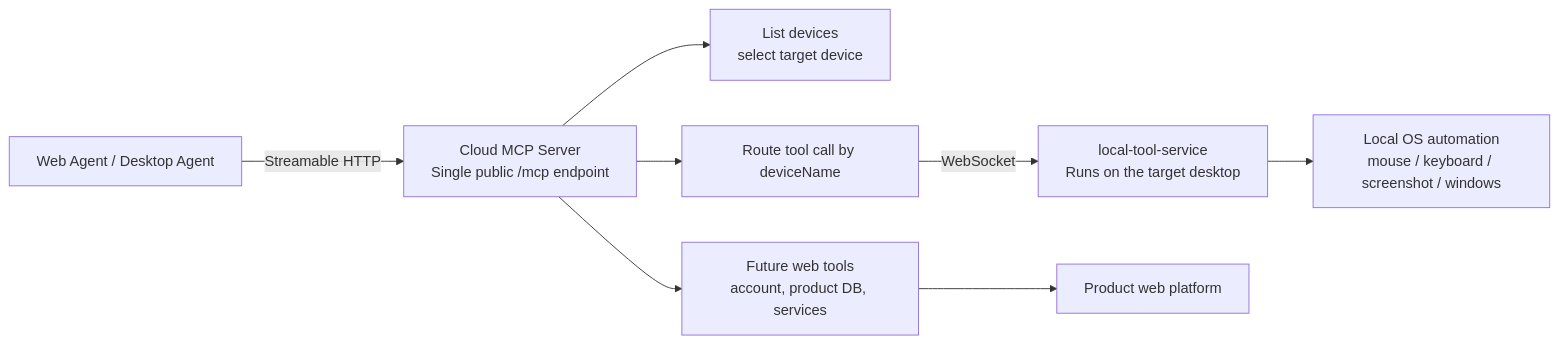
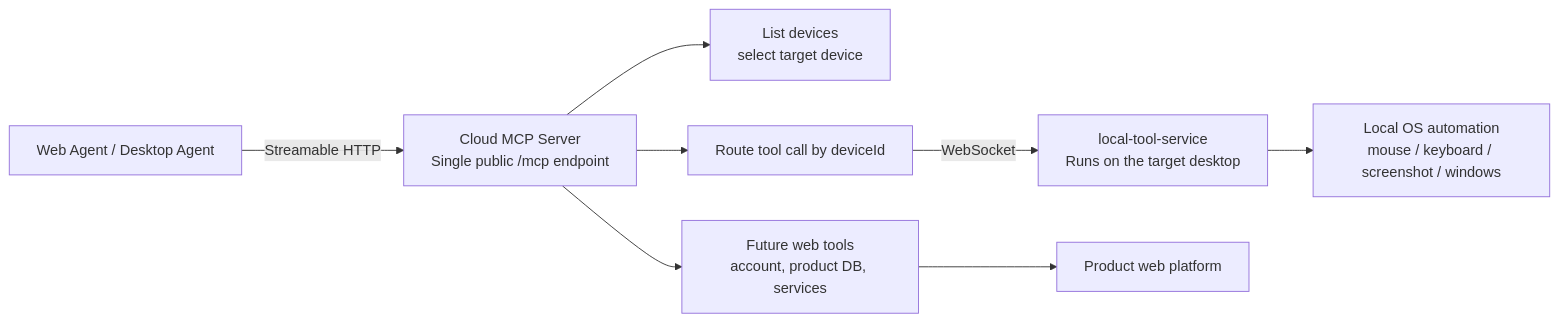
One commit to Marathe-Dev/MCPServer changed the third of 4 diagrams in docs/PRESENTATION_FLOW.md. Above: the diagram before and after it, drawn with Mermaid. The commit also changed 32 other files, not shown here.

Commit message:
added DeviceId and Device Name

````diff
--- a/docs/PRESENTATION_FLOW.md
+++ b/docs/PRESENTATION_FLOW.md
@@ -48,13 +48,13 @@
 ```mermaid
 flowchart LR
     Agent[Web Agent / Desktop Agent] -- "Streamable HTTP" --> CloudMCP[Cloud MCP Server\nSingle public /mcp endpoint]
 
     CloudMCP --> DeviceList[List devices\nselect target device]
-    CloudMCP --> Relay[Route tool call by deviceName]
+    CloudMCP --> Relay[Route tool call by deviceId]
 
     Relay -- "WebSocket" --> LocalSvc[local-tool-service\nRuns on the target desktop]
     LocalSvc --> LocalOS[Local OS automation\nmouse / keyboard / screenshot / windows]
 
     CloudMCP --> WebTools[Future web tools\naccount, product DB, services]
     WebTools --> Product[Product web platform]
 ```
````
